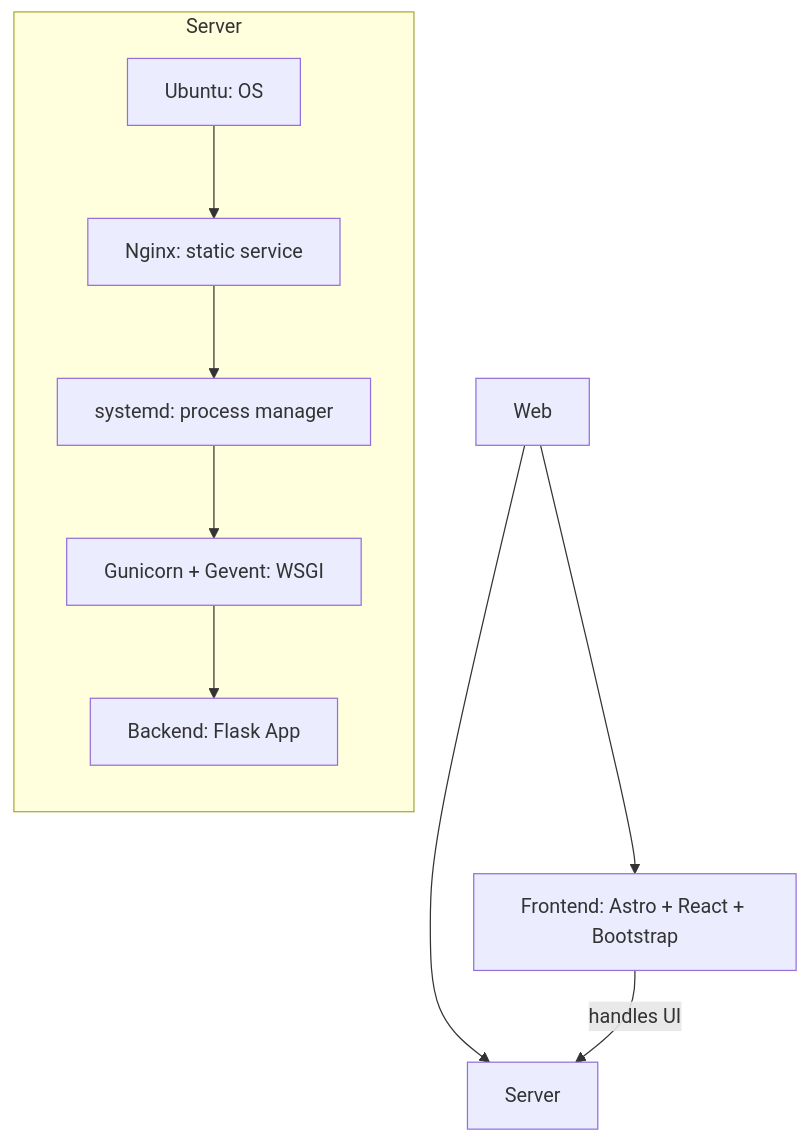
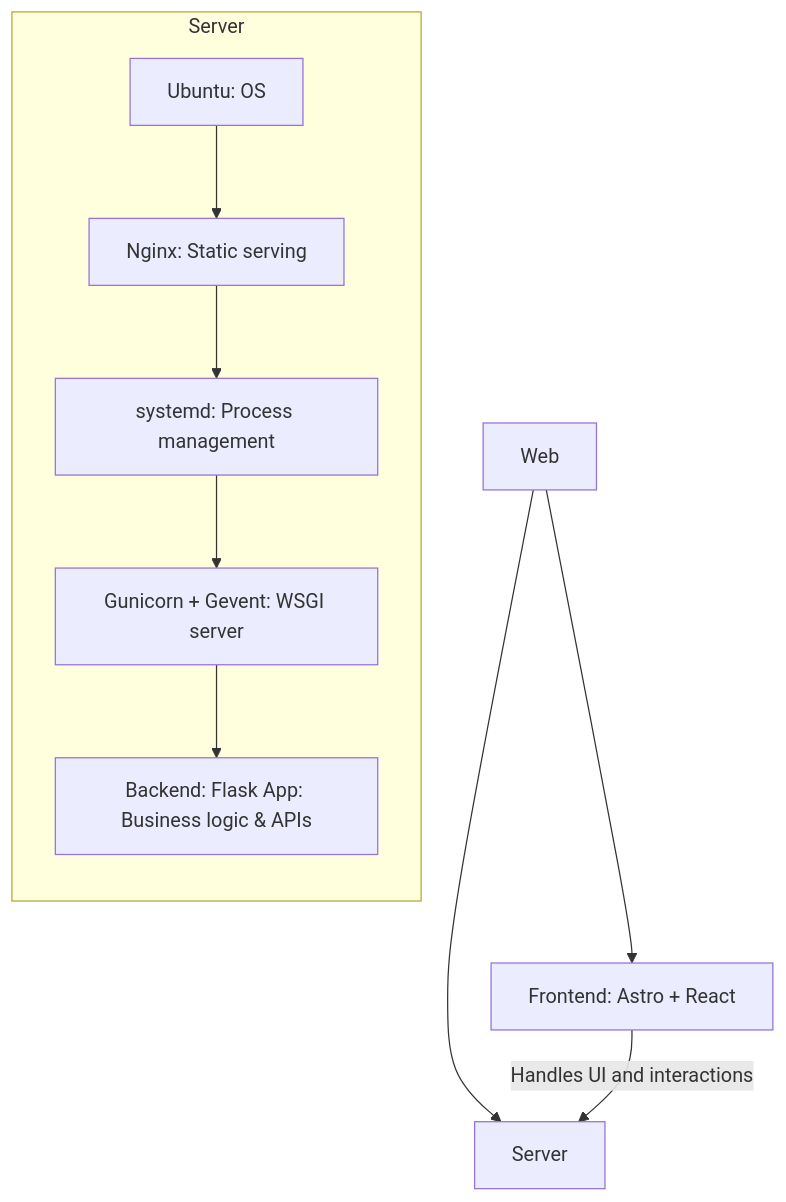
The first of 2 diagrams in README_EN.md (RendaZhang/rendazhang), drawn with Mermaid before and after one commit. The commit also changed other lines of this file and 6 other files, not shown here.

````diff
--- a/README_EN.md
+++ b/README_EN.md
@@ -105,14 +105,14 @@
 ```mermaid
 flowchart TD
-    A[Web] --> B[Frontend: Astro + React + Bootstrap]
+    A[Web] --> B[Frontend: Astro + React]
     A --> C[Server]
-    B -->|handles UI| C
+    B -->|Handles UI and interactions| C
 
     subgraph Server
         direction TB
-        D[Ubuntu: OS] --> E[Nginx: static service]
-        E --> F[systemd: process manager]
-        F --> G[Gunicorn + Gevent: WSGI]
-        G --> H[Backend: Flask App]
+        D[Ubuntu: OS] --> E[Nginx: Static serving]
+        E --> F[systemd: Process management]
+        F --> G[Gunicorn + Gevent: WSGI server]
+        G --> H[Backend: Flask App: Business logic & APIs]
     end
 ```
````
